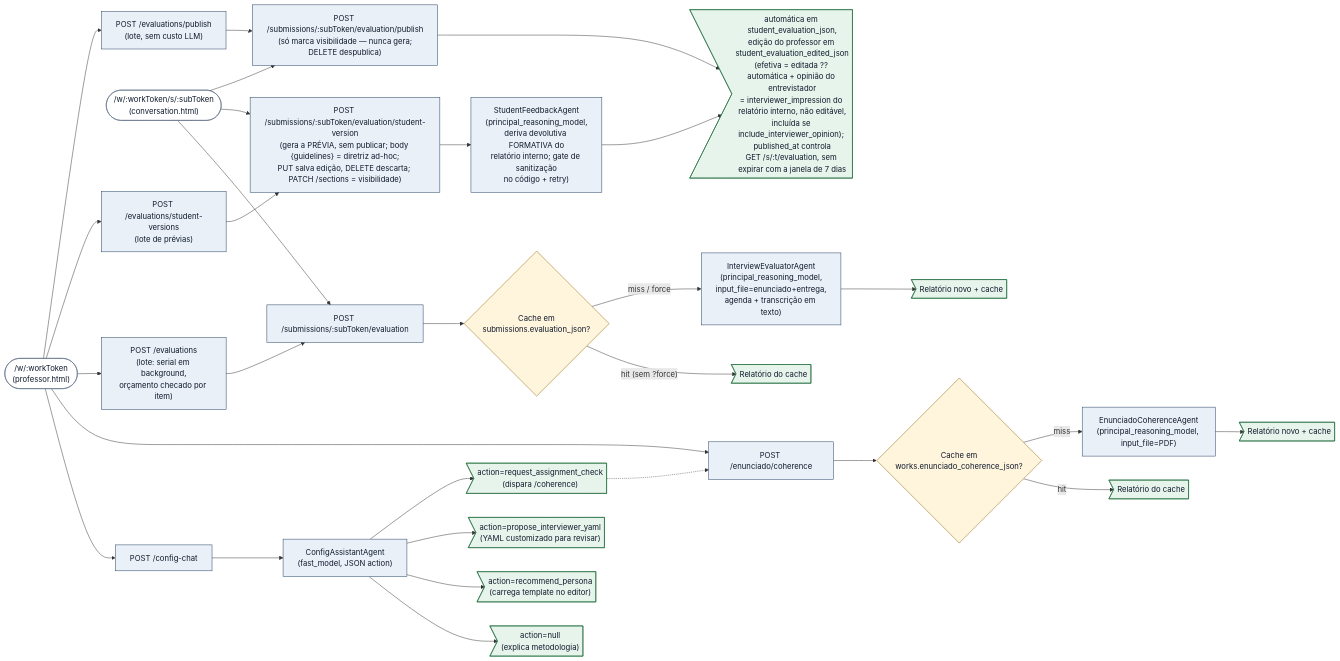
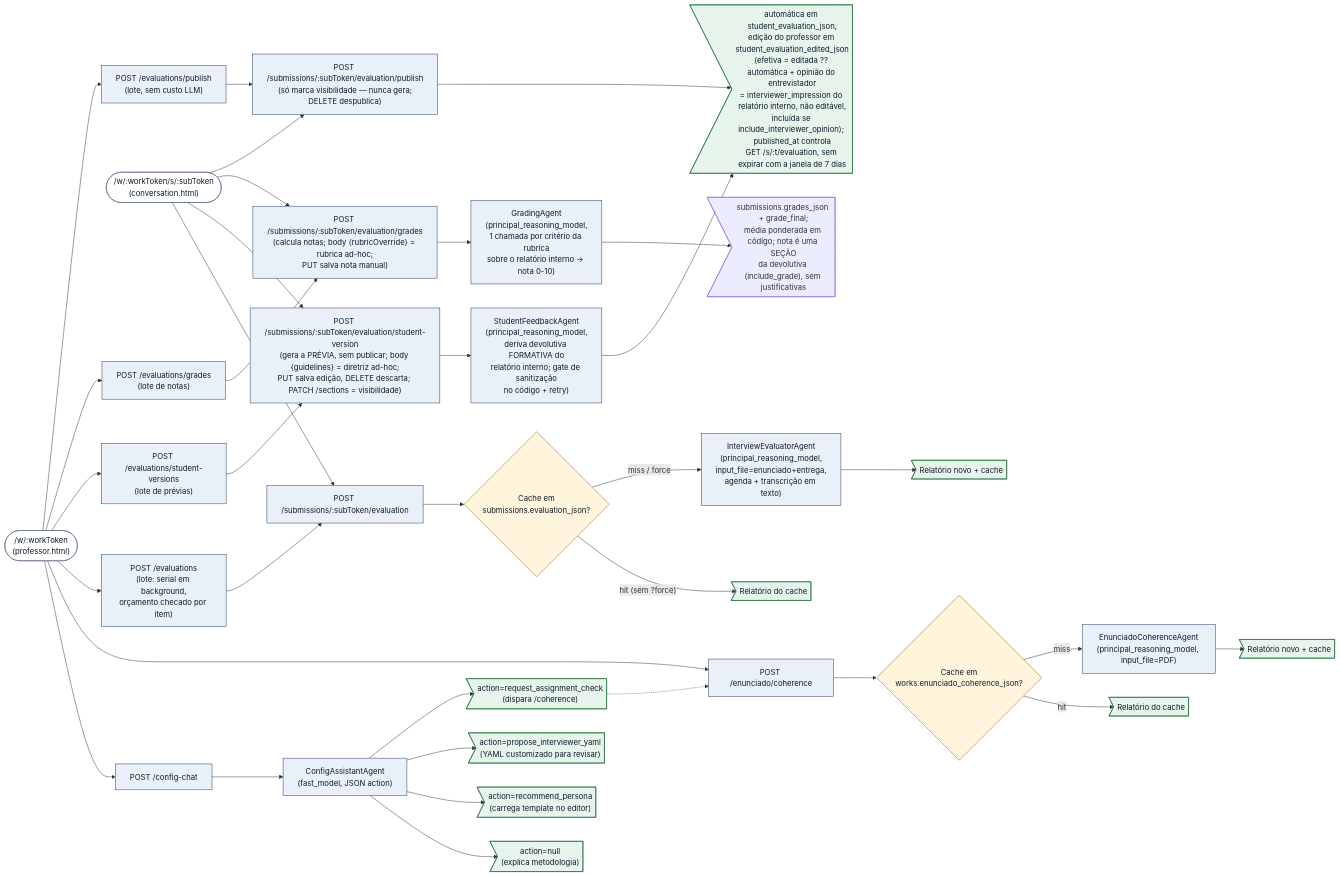
The second of 2 diagrams in docs/architecture.md (gladsjr/super-ta), drawn with Mermaid before and after one commit. The commit also changed other lines of this file and 12 other files, not shown here.

````diff
--- a/docs/architecture.md
+++ b/docs/architecture.md
@@ -128,49 +129,55 @@
 ```mermaid
 flowchart LR
   ProfUI(["/w/:workToken<br/>(professor.html)"]) --> ChatHandler["POST /config-chat"]
   ProfUI --> CoherenceHandler["POST /enunciado/coherence"]
   ConvUI(["/w/:workToken/s/:subToken<br/>(conversation.html)"]) --> EvalHandler["POST /submissions/:subToken/evaluation"]
   ProfUI --> BatchHandler["POST /evaluations<br/>(lote: serial em background,<br/>orçamento checado por item)"]
   BatchHandler --> EvalHandler
 
   EvalHandler --> EvalCache{"Cache em<br/>submissions.evaluation_json?"}
   EvalCache -- "hit (sem ?force)" --> OutEvalCached>"Relatório do cache"]
   EvalCache -- "miss / force" --> EvalAgent["InterviewEvaluatorAgent<br/>(principal_reasoning_model,<br/>input_file=enunciado+entrega,<br/>agenda + transcrição em texto)"]
   EvalAgent --> OutEvalFresh>"Relatório novo + cache"]
 
   ConvUI --> DeriveHandler["POST /submissions/:subToken/evaluation/student-version<br/>(gera a PRÉVIA, sem publicar; body {guidelines} = diretriz ad-hoc;<br/>PUT salva edição, DELETE descarta; PATCH /sections = visibilidade)"]
   ProfUI --> DeriveBatch["POST /evaluations/student-versions<br/>(lote de prévias)"]
   DeriveBatch --> DeriveHandler
   DeriveHandler --> FeedbackAgent["StudentFeedbackAgent<br/>(principal_reasoning_model,<br/>deriva devolutiva FORMATIVA do<br/>relatório interno; gate de sanitização<br/>no código + retry)"]
+  ConvUI --> GradeHandler["POST /submissions/:subToken/evaluation/grades<br/>(calcula notas; body {rubricOverride} = rubrica ad-hoc;<br/>PUT salva nota manual)"]
+  ProfUI --> GradeBatch["POST /evaluations/grades<br/>(lote de notas)"]
+  GradeBatch --> GradeHandler
+  GradeHandler --> GradeAgent["GradingAgent<br/>(principal_reasoning_model,<br/>1 chamada por critério da rubrica<br/>sobre o relatório interno → nota 0-10)"]
+  GradeAgent --> OutGrades>"submissions.grades_json + grade_final;<br/>média ponderada em código; nota é uma SEÇÃO<br/>da devolutiva (include_grade), sem justificativas"]
   ConvUI --> PublishHandler["POST /submissions/:subToken/evaluation/publish<br/>(só marca visibilidade — nunca gera;<br/>DELETE despublica)"]
   ProfUI --> PublishBatch["POST /evaluations/publish<br/>(lote, sem custo LLM)"]
   PublishBatch --> PublishHandler
   FeedbackAgent --> OutPublished>"automática em student_evaluation_json,<br/>edição do professor em student_evaluation_edited_json<br/>(efetiva = editada ?? automática + opinião do entrevistador<br/>= interviewer_impression do relatório interno, não editável,<br/>incluída se include_interviewer_opinion); published_at controla<br/>GET /s/:t/evaluation, sem expirar com a janela de 7 dias"]
   PublishHandler --> OutPublished
 
   ChatHandler --> ConfigAgent["ConfigAssistantAgent<br/>(fast_model, JSON action)"]
   ConfigAgent --> ActExplain>"action=null<br/>(explica metodologia)"]
   ConfigAgent --> ActPersona>"action=recommend_persona<br/>(carrega template no editor)"]
   ConfigAgent --> ActYaml>"action=propose_interviewer_yaml<br/>(YAML customizado para revisar)"]
   ConfigAgent --> ActCheck>"action=request_assignment_check<br/>(dispara /coherence)"]
   ActCheck -.-> CoherenceHandler
 
   CoherenceHandler --> Cache{"Cache em<br/>works.enunciado_coherence_json?"}
   Cache -- "hit" --> OutCached>"Relatório do cache"]
   Cache -- "miss" --> CoherenceAgent["EnunciadoCoherenceAgent<br/>(principal_reasoning_model, input_file=PDF)"]
   CoherenceAgent --> OutFresh>"Relatório novo + cache"]
 
   classDef agent fill:#eaf0f7,stroke:#1e3a5f,color:#0f1b2d;
   classDef gate  fill:#fff4dc,stroke:#8a6100,color:#0f1b2d;
   classDef out   fill:#e7f4eb,stroke:#1f6c3b,color:#0f1b2d;
   classDef entry fill:#ffffff,stroke:#5a6b80,color:#0f1b2d;
-  class ChatHandler,CoherenceHandler,ConfigAgent,CoherenceAgent,EvalHandler,BatchHandler,EvalAgent,DeriveHandler,DeriveBatch,PublishHandler,PublishBatch,FeedbackAgent agent
+  class ChatHandler,CoherenceHandler,ConfigAgent,CoherenceAgent,EvalHandler,BatchHandler,EvalAgent,DeriveHandler,DeriveBatch,PublishHandler,PublishBatch,FeedbackAgent,GradeHandler,GradeBatch,GradeAgent agent
   class Cache,EvalCache gate
   class ActExplain,ActPersona,ActYaml,ActCheck,OutCached,OutFresh,OutEvalCached,OutEvalFresh,OutPublished out
   class ProfUI,ConvUI entry
 
   click ConfigAgent "vscode://file/c:/Users/glads/src/super-ta/agents/ConfigAssistantAgent.js" "Abre ConfigAssistantAgent"
   click CoherenceAgent "vscode://file/c:/Users/glads/src/super-ta/agents/EnunciadoCoherenceAgent.js" "Abre EnunciadoCoherenceAgent"
   click EvalAgent "vscode://file/c:/Users/glads/src/super-ta/agents/InterviewEvaluatorAgent.js:167" "Abre o systemPromptBody do InterviewEvaluatorAgent"
   click FeedbackAgent "vscode://file/c:/Users/glads/src/super-ta/agents/StudentFeedbackAgent.js:101" "Abre o systemPromptBody do StudentFeedbackAgent"
+  click GradeAgent "vscode://file/c:/Users/glads/src/super-ta/agents/GradingAgent.js:31" "Abre o systemPromptBody do GradingAgent"
 ```
````
